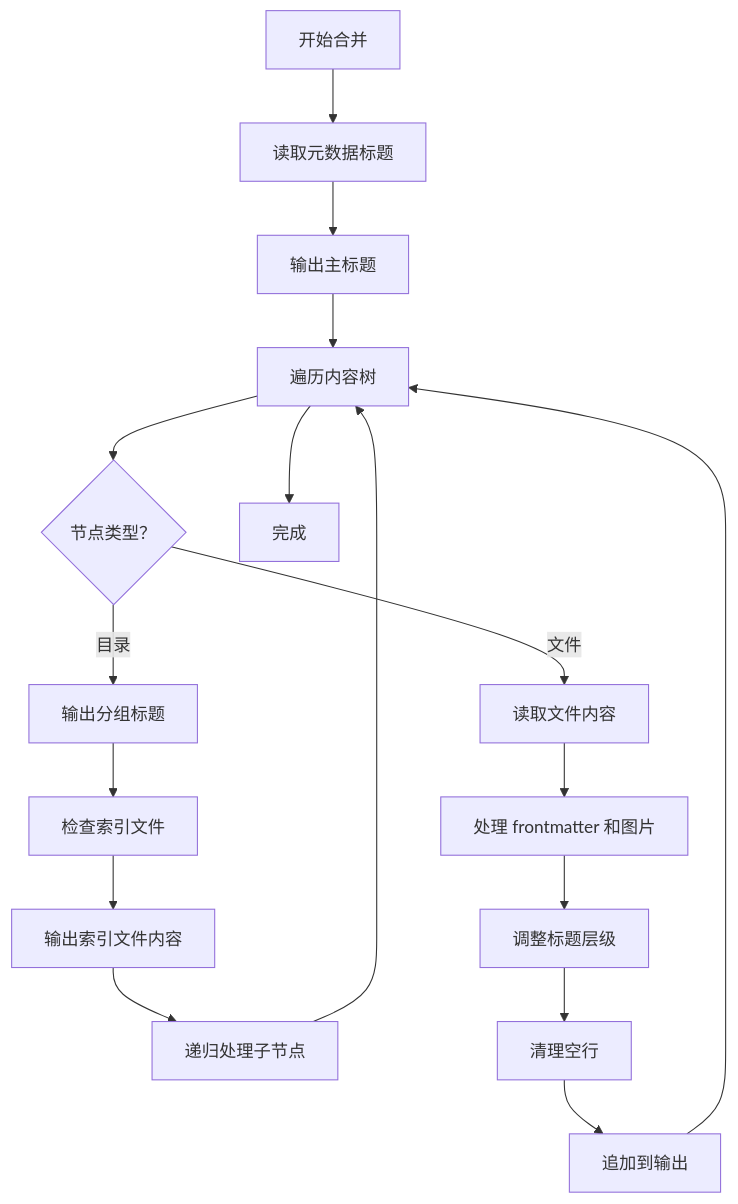
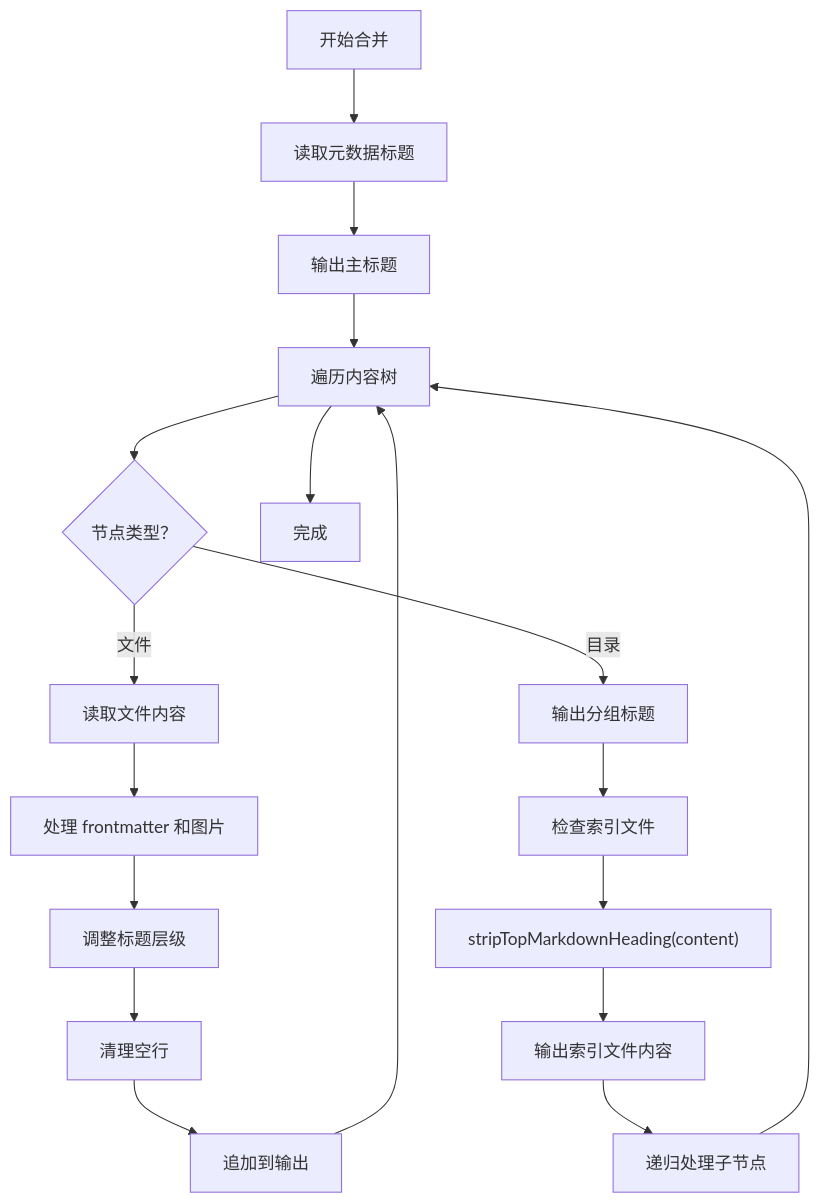
The seventh of 9 diagrams in .qoder/repowiki/zh/content/示例与最佳实践.md (someok/vscode-folder2epub), drawn with Mermaid before and after one commit. The commit also changed other lines of this file and 5 other files, not shown here.

````diff
--- a/.qoder/repowiki/zh/content/示例与最佳实践.md
+++ b/.qoder/repowiki/zh/content/示例与最佳实践.md
@@ -245,19 +282,20 @@
 ```mermaid
 flowchart TD
 A["开始合并"] --> B["读取元数据标题"]
 B --> C["输出主标题"]
 C --> D["遍历内容树"]
 D --> E{"节点类型？"}
 E --> |文件| F["读取文件内容"]
 E --> |目录| G["输出分组标题"]
 G --> H["检查索引文件"]
-H --> I["输出索引文件内容"]
-I --> J["递归处理子节点"]
-F --> K["处理 frontmatter 和图片"]
-K --> L["调整标题层级"]
-L --> M["清理空行"]
-M --> N["追加到输出"]
-J --> D
-N --> D
-D --> O["完成"]
+H --> I["stripTopMarkdownHeading(content)"]
+I --> J["输出索引文件内容"]
+J --> K["递归处理子节点"]
+F --> L["处理 frontmatter 和图片"]
+L --> M["调整标题层级"]
+M --> N["清理空行"]
+N --> O["追加到输出"]
+K --> D
+O --> D
+D --> P["完成"]
 ```
````
